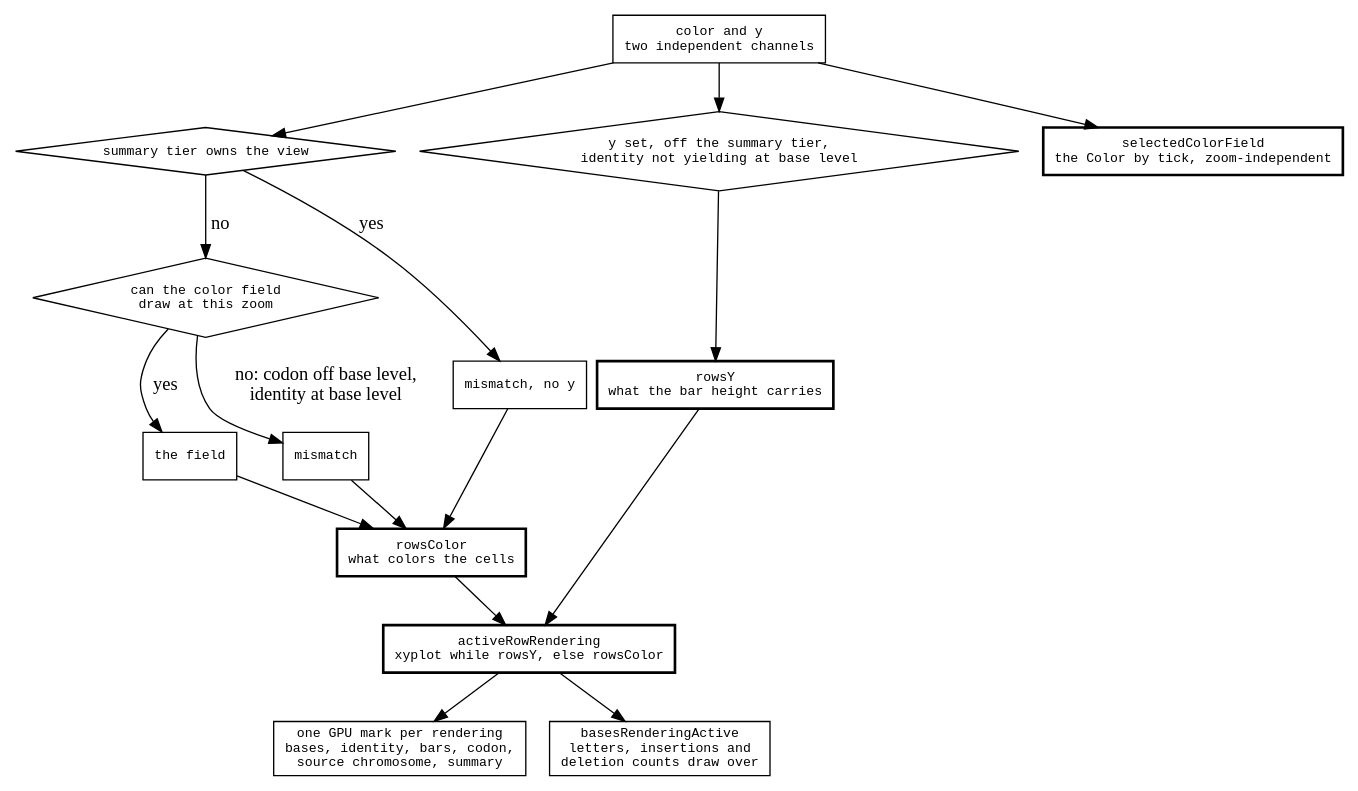
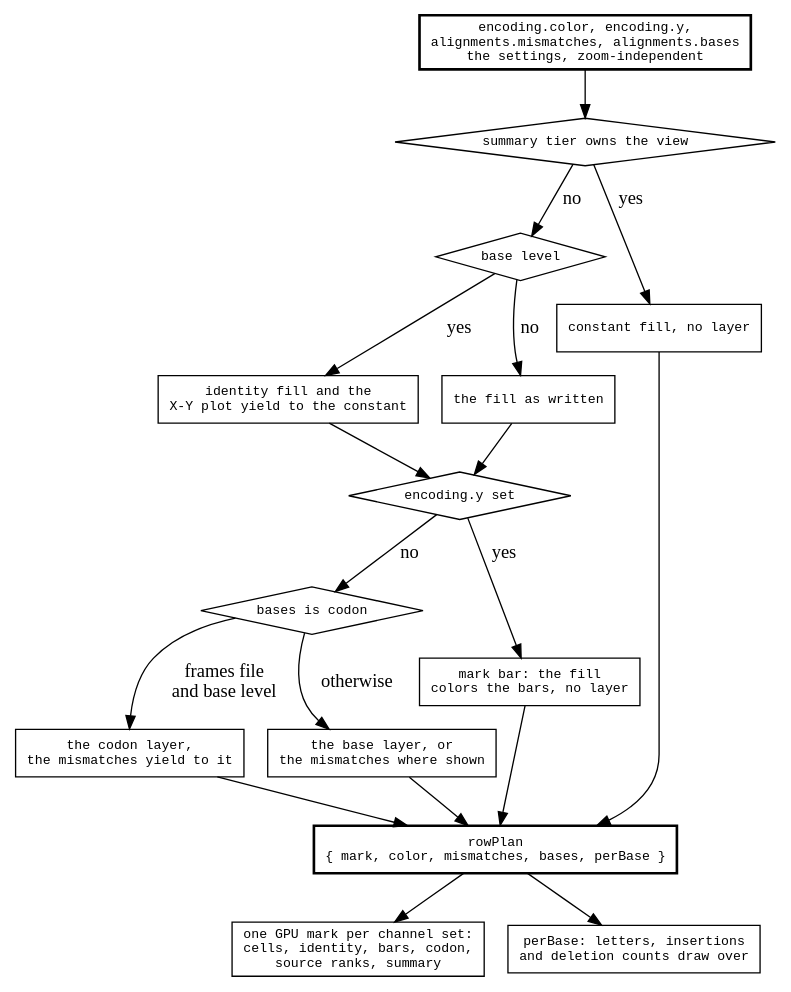
The diagram in agent-docs/reference/diagrams/maf-rendering.dot (GMOD/jbrowse-components), drawn with Graphviz before and after one commit. The commit also changed 54 other files, not shown here.

```diff
--- a/agent-docs/reference/diagrams/maf-rendering.dot
+++ b/agent-docs/reference/diagrams/maf-rendering.dot
@@ -1,38 +1,39 @@
 digraph maf_rendering {
   rankdir=TB
   node [shape=box fontname=monospace fontsize=10]
-  { node [shape=diamond] summaryTier; field; y }
+  { node [shape=diamond] summaryTier; baseLevel; bars; codon }
 
-  slots [label="color and y\ntwo independent channels"]
-
-  selected [label="selectedColorField\nthe Color by tick, zoom-independent", style=bold]
-  slots -> selected
+  slots [label="encoding.color, encoding.y,\nalignments.mismatches, alignments.bases\nthe settings, zoom-independent", style=bold]
 
   summaryTier [label="summary tier owns the view"]
   slots -> summaryTier
-  summaryTier -> fallback [label=" yes"]
-  fallback [label="mismatch, no y"]
+  summaryTier -> constant [label=" yes"]
+  constant [label="constant fill, no layer"]
 
-  field [label="can the color field\ndraw at this zoom"]
-  summaryTier -> field [label=" no"]
-  field -> keep [label=" yes"]
-  field -> mismatch [label=" no: codon off base level,\n identity at base level"]
-  keep [label="the field"]
-  mismatch [label="mismatch"]
+  baseLevel [label="base level"]
+  summaryTier -> baseLevel [label=" no"]
+  baseLevel -> yields [label=" yes"]
+  yields [label="identity fill and the\nX-Y plot yield to the constant"]
+  baseLevel -> fill [label=" no"]
+  fill [label="the fill as written"]
 
-  rowsColor [label="rowsColor\nwhat colors the cells", style=bold]
-  fallback -> rowsColor  keep -> rowsColor  mismatch -> rowsColor
+  bars [label="encoding.y set"]
+  yields -> bars  fill -> bars
+  bars -> barMark [label=" yes"]
+  barMark [label="mark bar: the fill\ncolors the bars, no layer"]
 
-  y [label="y set, off the summary tier,\nidentity not yielding at base level"]
-  slots -> y
-  rowsY [label="rowsY\nwhat the bar height carries", style=bold]
-  y -> rowsY
+  codon [label="bases is codon"]
+  bars -> codon [label=" no"]
+  codon -> codonLayer [label=" frames file\n and base level"]
+  codonLayer [label="the codon layer,\nthe mismatches yield to it"]
+  codon -> layers [label=" otherwise"]
+  layers [label="the base layer, or\nthe mismatches where shown"]
 
-  active [label="activeRowRendering\nxyplot while rowsY, else rowsColor", style=bold]
-  rowsColor -> active  rowsY -> active
+  plan [label="rowPlan\n{ mark, color, mismatches, bases, perBase }", style=bold]
+  constant -> plan  barMark -> plan  codonLayer -> plan  layers -> plan
 
-  marks [label="one GPU mark per rendering\nbases, identity, bars, codon,\nsource chromosome, summary"]
-  active -> marks
-  base [label="basesRenderingActive\nletters, insertions and\ndeletion counts draw over"]
-  active -> base
+  marks [label="one GPU mark per channel set:\ncells, identity, bars, codon,\nsource ranks, summary"]
+  plan -> marks
+  perBase [label="perBase: letters, insertions\nand deletion counts draw over"]
+  plan -> perBase
 }
```
